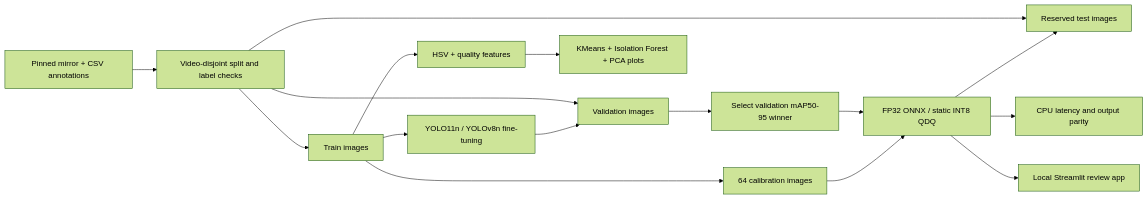
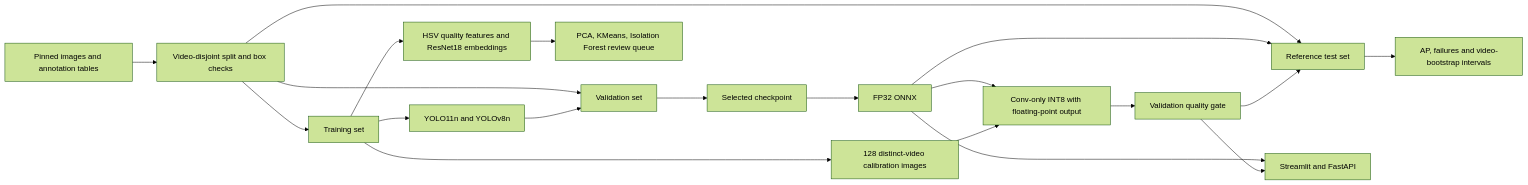
Before and after one commit to beaprogram/OceanSight: the diagram in README.md, drawn with Mermaid (forest theme). The commit also changed other lines of this file and 38 other files, not shown here.

Commit message:
Expand training and add validated quantization, embeddings, API and portable release workflow

````diff
--- a/README.md
+++ b/README.md
@@ -53,18 +91,22 @@
 ```mermaid
 flowchart LR
-    A[Pinned mirror + CSV annotations] --> B[Video-disjoint split and label checks]
-    B --> C[Train images]
-    B --> V[Validation images]
-    B --> T[Reserved test images]
-    C --> D[YOLO11n / YOLOv8n fine-tuning]
-    C --> Q[HSV + quality features]
-    Q --> U[KMeans + Isolation Forest + PCA plots]
-    D --> V
-    V --> S[Select validation mAP50-95 winner]
-    S --> E[FP32 ONNX / static INT8 QDQ]
-    C --> K[64 calibration images]
-    K --> E
-    E --> T
-    E --> F[CPU latency and output parity]
-    E --> G[Local Streamlit review app]
+  Source[Pinned images and annotation tables] --> Split[Video-disjoint split and box checks]
+  Split --> Train[Training set]
+  Split --> Val[Validation set]
+  Split --> Test[Reference test set]
+  Train --> Detectors[YOLO11n and YOLOv8n]
+  Detectors --> Val
+  Val --> Selected[Selected checkpoint]
+  Train --> Features[HSV quality features and ResNet18 embeddings]
+  Features --> Review[PCA, KMeans, Isolation Forest review queue]
+  Selected --> FP32[FP32 ONNX]
+  Train --> Calibration[128 distinct-video calibration images]
+  FP32 --> INT8[Conv-only INT8 with floating-point output]
+  Calibration --> INT8
+  INT8 --> Gate[Validation quality gate]
+  FP32 --> Test
+  Gate --> Test
+  FP32 --> App[Streamlit and FastAPI]
+  Gate --> App
+  Test --> Evidence[AP, failures and video-bootstrap intervals]
 ```
````
